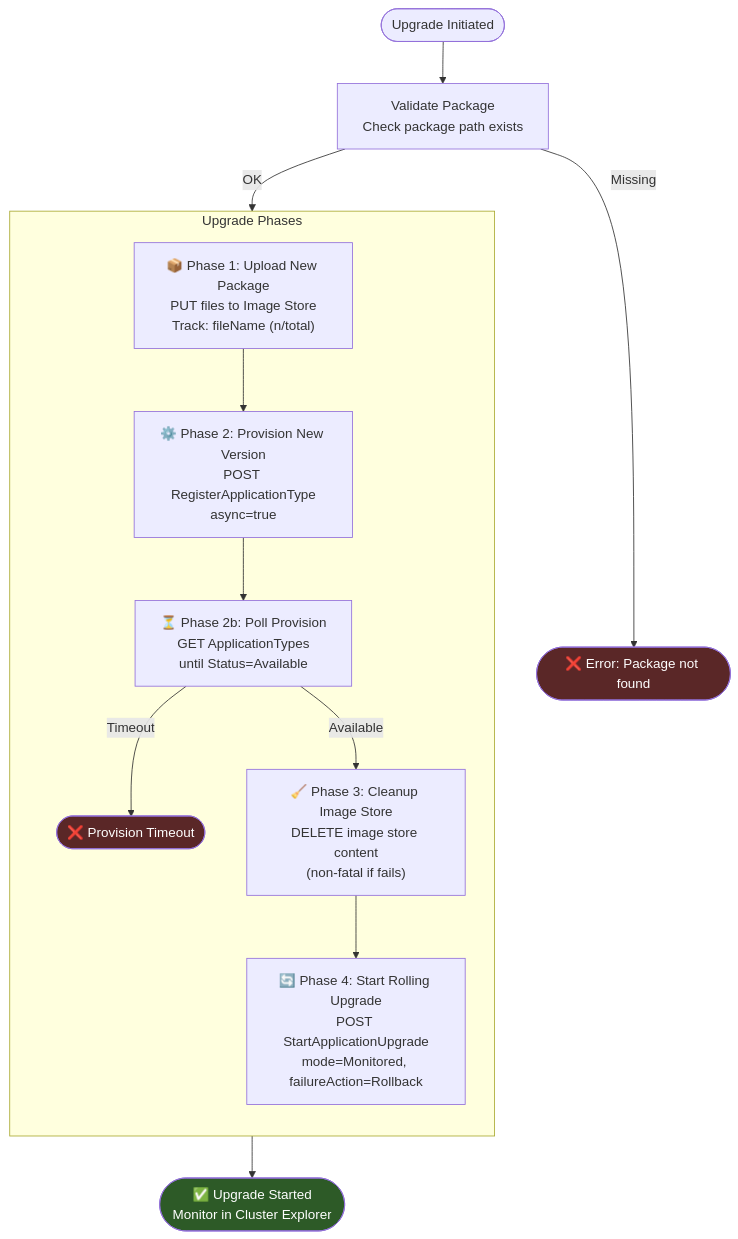
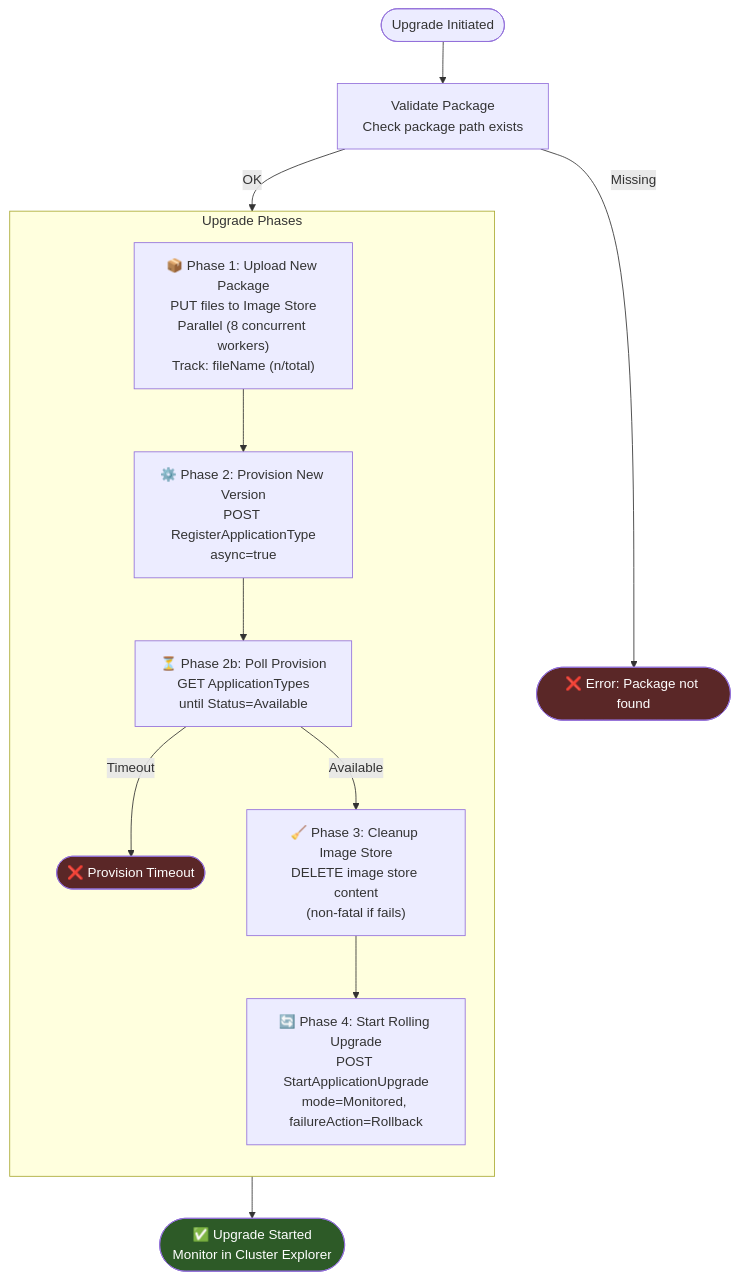
One commit to jagilber/vscode-service-fabric-diagnostic-extension changed the second of 4 diagrams in docs/architecture/deploy-upgrade-phases.md. Above: the diagram before and after it, drawn with Mermaid. The commit also changed other lines of this file and 5 other files, not shown here.

First line of the commit message:
docs: update architecture docs for parallel uploads and msbuild default

````diff
--- a/docs/architecture/deploy-upgrade-phases.md
+++ b/docs/architecture/deploy-upgrade-phases.md
@@ -57,22 +57,22 @@
 ```mermaid
 flowchart TD
     START([Upgrade Initiated]) --> VALIDATE[Validate Package<br/>Check package path exists]
     VALIDATE -->|Missing| FAIL([❌ Error: Package not found])
     VALIDATE -->|OK| UPLOAD
 
     subgraph upgrade [Upgrade Phases]
         direction TB
-        UPLOAD["📦 Phase 1: Upload New Package<br/>PUT files to Image Store<br/>Track: fileName (n/total)"]
+        UPLOAD["📦 Phase 1: Upload New Package<br/>PUT files to Image Store<br/>Parallel (8 concurrent workers)<br/>Track: fileName (n/total)"]
         UPLOAD --> PROVISION["⚙️ Phase 2: Provision New Version<br/>POST RegisterApplicationType<br/>async=true"]
         PROVISION --> POLL["⏳ Phase 2b: Poll Provision<br/>GET ApplicationTypes<br/>until Status=Available"]
         POLL -->|Timeout| FAIL_PROV([❌ Provision Timeout])
         POLL -->|Available| CLEANUP["🧹 Phase 3: Cleanup Image Store<br/>DELETE image store content<br/>(non-fatal if fails)"]
         CLEANUP --> ROLLING["🔄 Phase 4: Start Rolling Upgrade<br/>POST StartApplicationUpgrade<br/>mode=Monitored, failureAction=Rollback"]
     end
 
     ROLLING --> MONITOR([✅ Upgrade Started<br/>Monitor in Cluster Explorer])
 
     style FAIL fill:#5a2727,color:#fff
     style FAIL_PROV fill:#5a2727,color:#fff
     style MONITOR fill:#2d5a27,color:#fff
 ```
````
